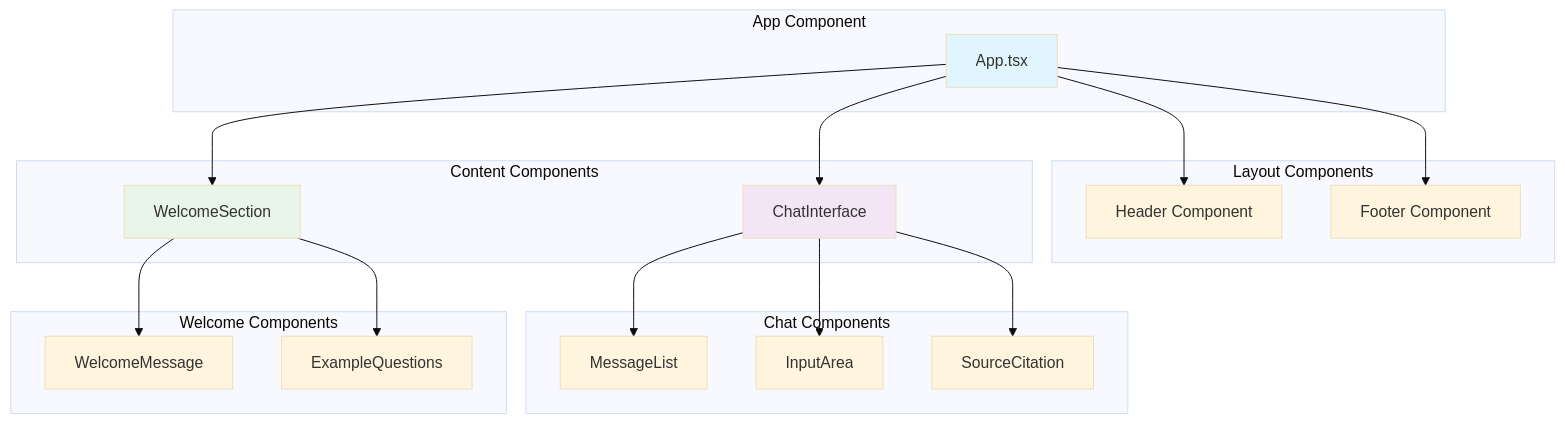
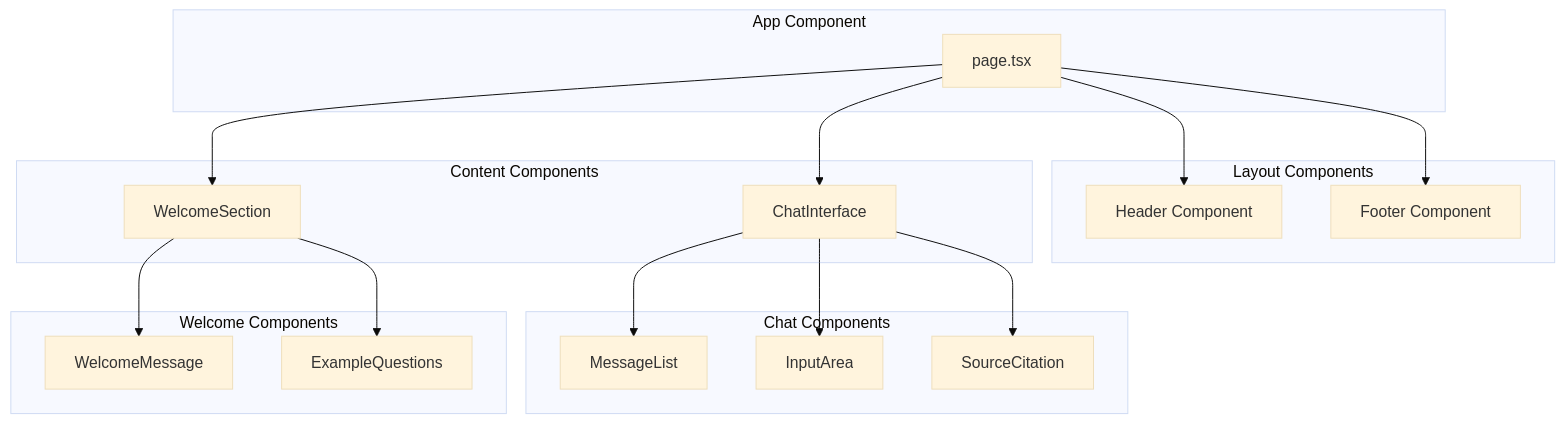
Before and after one commit to hey2308/Groww-RAG-chatbot: the tenth of 13 diagrams in doc/architecture.md, drawn with Mermaid (base theme). The commit also changed other lines of this file, not shown here.

Commit message:
Update architecture.md: reflect current tech stack (Groq, pure Python vector store, Next.js, Render)

````diff
--- a/doc/architecture.md
+++ b/doc/architecture.md
@@ -602,43 +575,39 @@
 ```mermaid
 graph TB
     subgraph "App Component"
-        App[App.tsx]
+        App[page.tsx]
     end
     
     subgraph "Layout Components"
         Header[Header Component]
         Footer[Footer Component]
     end
     
     subgraph "Content Components"
         Welcome[WelcomeSection]
         Chat[ChatInterface]
     end
     
     subgraph "Chat Components"
         MessageList[MessageList]
         InputArea[InputArea]
         SourceCitation[SourceCitation]
     end
     
     subgraph "Welcome Components"
         WelcomeMsg[WelcomeMessage]
         ExampleQ[ExampleQuestions]
     end
     
     App --> Header
     App --> Welcome
     App --> Chat
     App --> Footer
     
     Welcome --> WelcomeMsg
     Welcome --> ExampleQ
     
     Chat --> MessageList
     Chat --> InputArea
     Chat --> SourceCitation
-    
-    style App fill:#e1f5fe
-    style Chat fill:#f3e5f5
-    style Welcome fill:#e8f5e8
 ```
````
